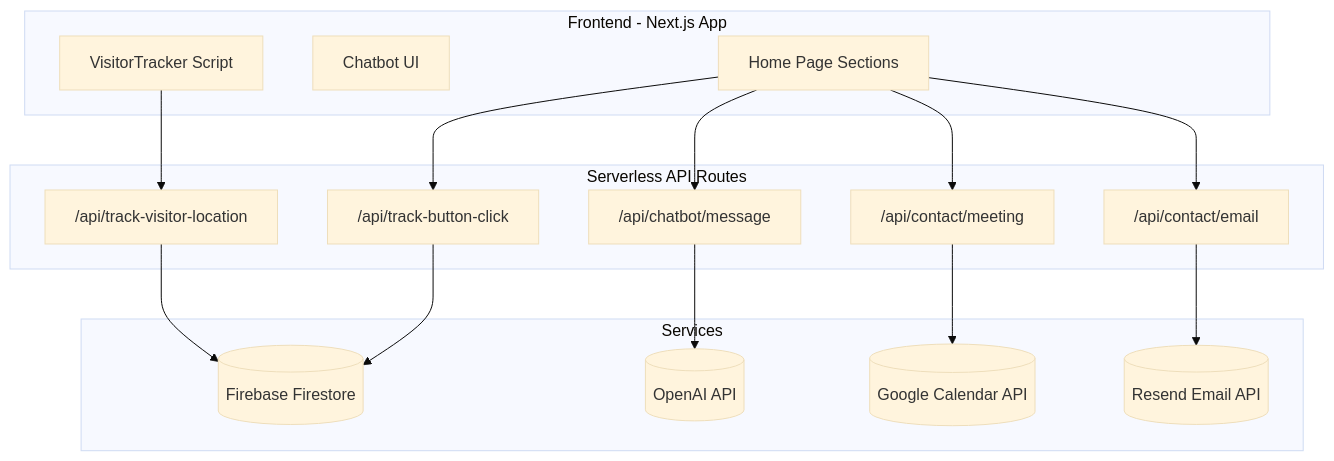
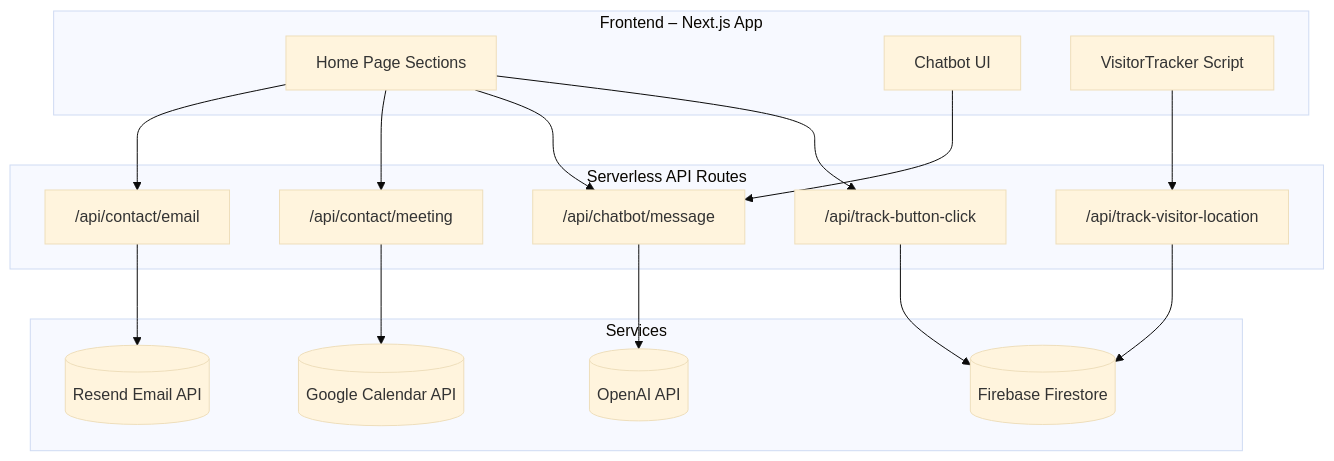
The diagram in README.md (LawrenceHua/modern-portfolio-template), drawn with Mermaid (base theme) before and after one commit.

````diff
--- a/README.md
+++ b/README.md
@@ -13,34 +13,41 @@
 ```mermaid
 flowchart TD
-  subgraph Frontend [Frontend - Next.js App]
+  %% FRONTEND LAYER
+  subgraph Frontend [Frontend – Next.js App]
     A[Home Page Sections]
     B[Chatbot UI]
     C[VisitorTracker Script]
   end
 
+  %% API ROUTES
   subgraph API [Serverless API Routes]
     D1["/api/contact/email"]
     E1["/api/contact/meeting"]
     F1["/api/chatbot/message"]
     G1["/api/track-visitor-location"]
     H1["/api/track-button-click"]
   end
 
+  %% BACKEND SERVICES
   subgraph Services
     I[(Firebase Firestore)]
     J[(OpenAI API)]
     K[(Google Calendar API)]
     L[(Resend Email API)]
   end
 
+  %% FRONTEND TO API CONNECTIONS
   A --> D1
   A --> E1
   A --> F1
+  A --> H1
   C --> G1
-  A --> H1
+  B --> F1
+
+  %% API TO SERVICE CONNECTIONS
   D1 --> L
   E1 --> K
   F1 --> J
   G1 --> I
   H1 --> I
 ```
````
